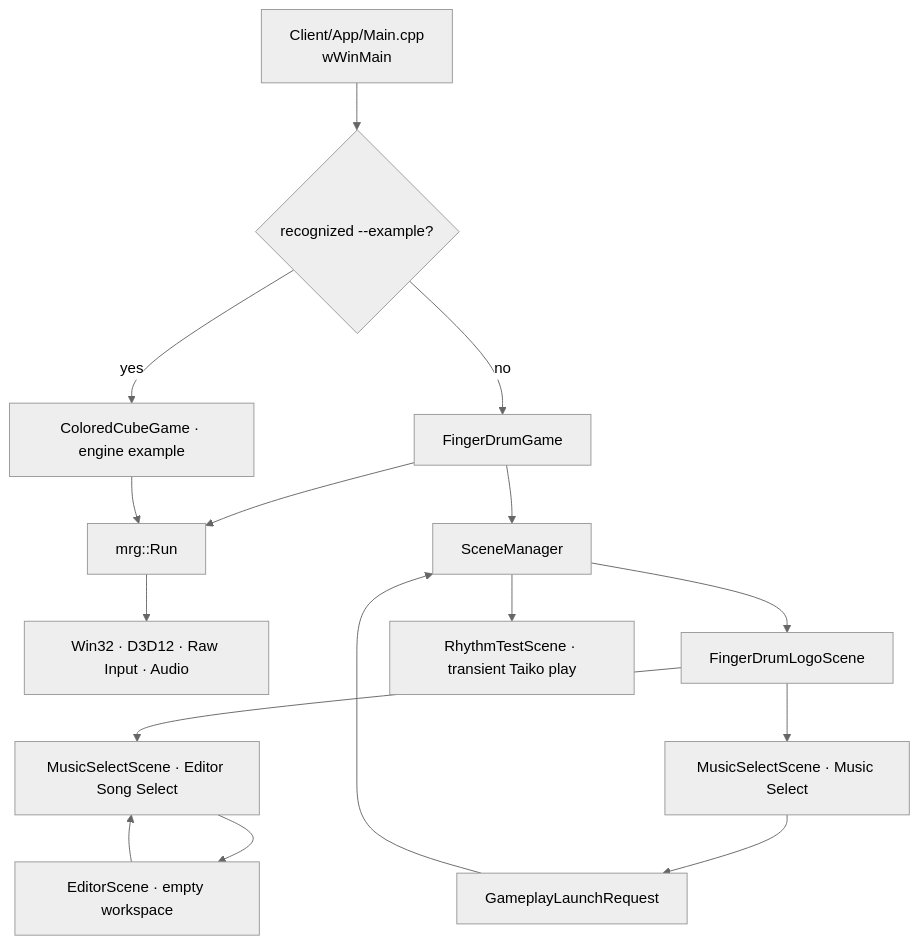
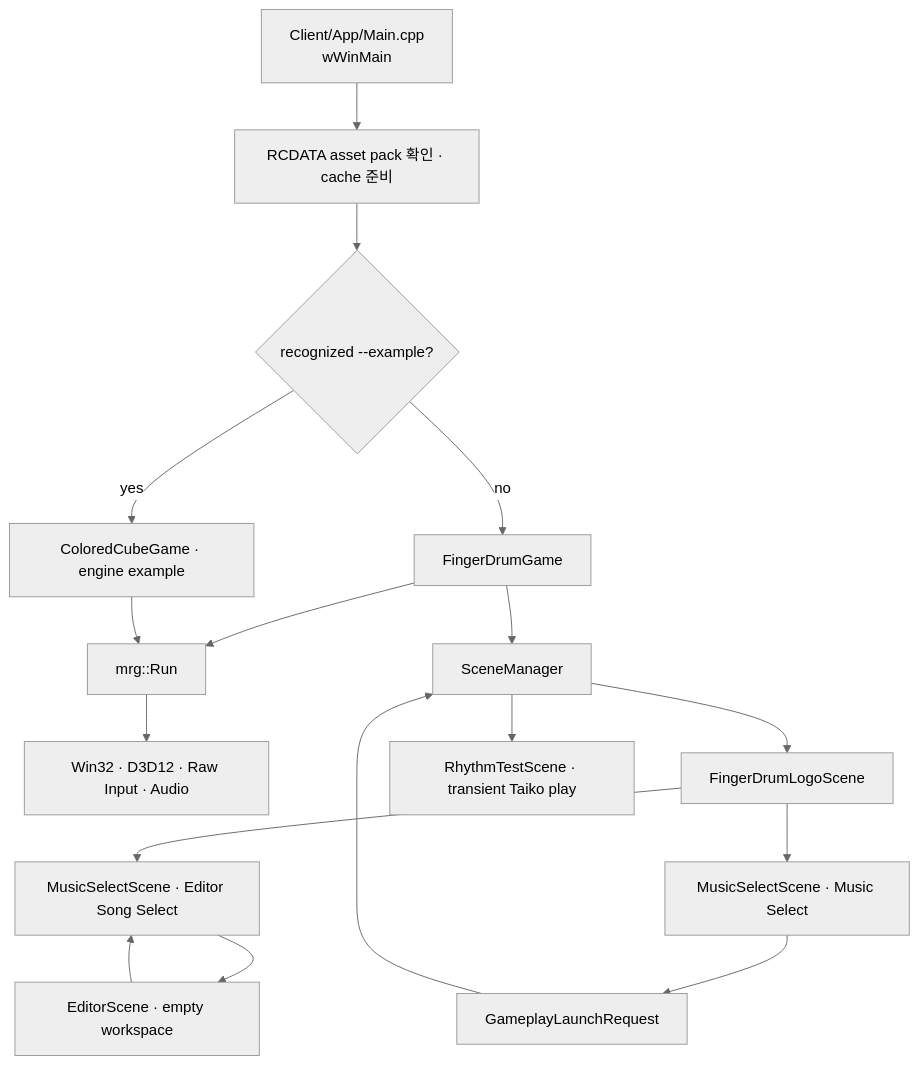
Before and after one commit to 4dblackhole/MyRhythmGame-Client: the diagram in Docs/ExecutionFlow.md, drawn with Mermaid (neutral theme). The commit also changed other lines of this file and 99 other files, not shown here.

````diff
--- a/Docs/ExecutionFlow.md
+++ b/Docs/ExecutionFlow.md
@@ -6,18 +6,19 @@
 ```mermaid
 flowchart TD
-    Entry["Client/App/Main.cpp\nwWinMain"] --> Route{"recognized --example?"}
+    Entry["Client/App/Main.cpp\nwWinMain"] --> Assets["RCDATA asset pack 확인 · cache 준비"]
+    Assets --> Route{"recognized --example?"}
     Route -->|"no"| Game["FingerDrumGame"]
     Route -->|"yes"| Example["ColoredCubeGame · engine example"]
     Game --> Run["mrg::Run"]
     Example --> Run
     Run --> Systems["Win32 · D3D12 · Raw Input · Audio"]
     Game --> Manager["SceneManager"]
     Manager --> Logo["FingerDrumLogoScene"]
     Logo --> Lobby["MusicSelectScene · Music Select"]
     Logo --> EditorSelect["MusicSelectScene · Editor Song Select"]
     EditorSelect --> Editor["EditorScene · empty workspace"]
     Editor --> EditorSelect
     Lobby --> Request["GameplayLaunchRequest"]
     Request --> Manager
     Manager --> Test["RhythmTestScene · transient Taiko play"]
 ```
````
